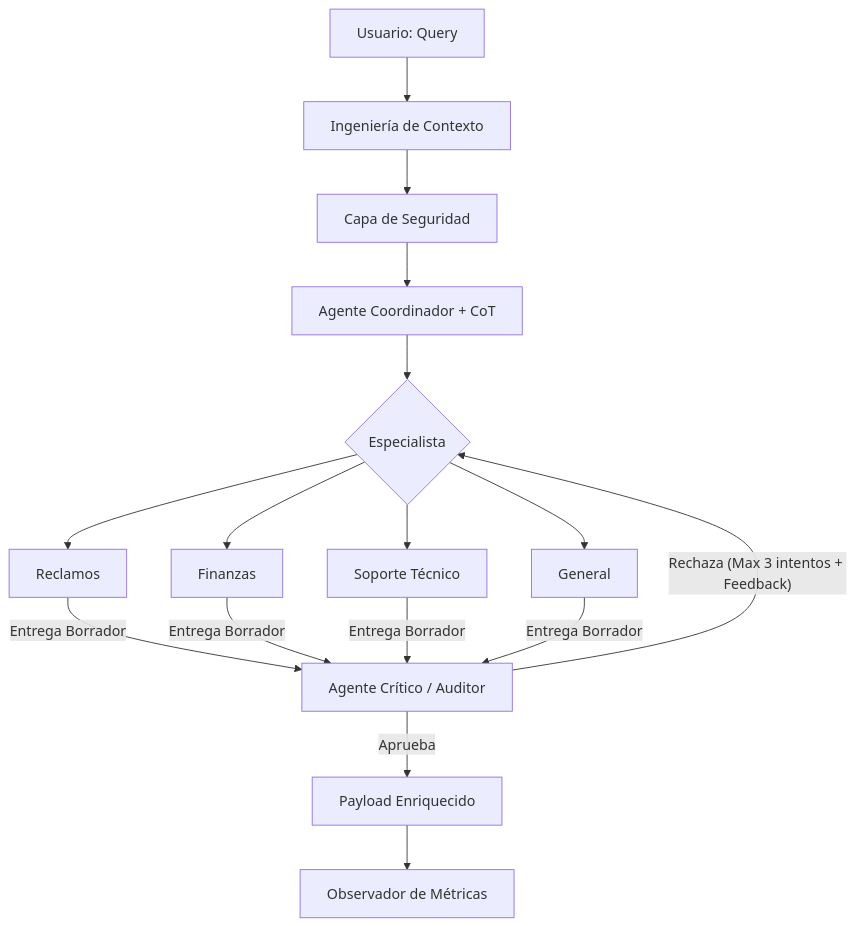
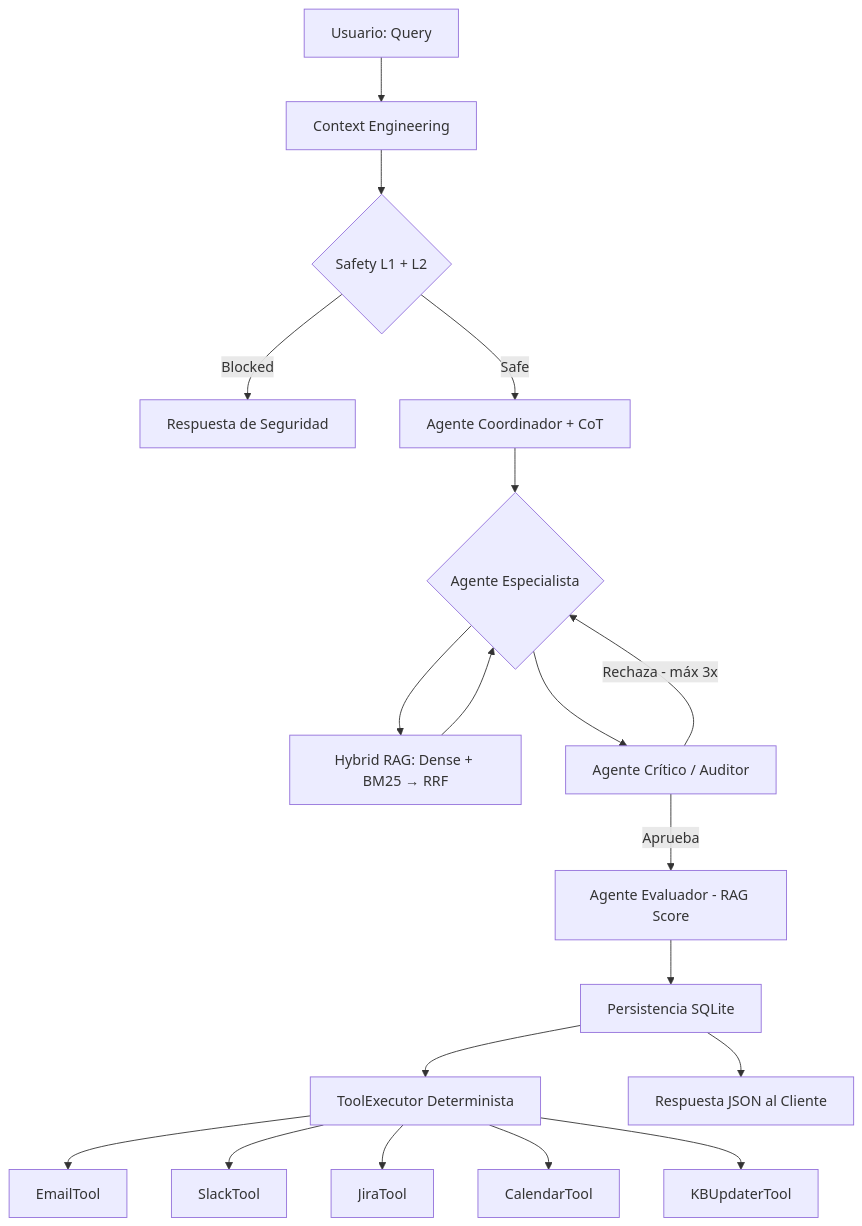
Before and after one commit to cesesteban/Routing-Multi-Agent-Api: the diagram in architecture_reports/architecture_reports_es.md, drawn with Mermaid. The commit also changed other lines of this file and 10 other files, not shown here.

````diff
--- a/architecture_reports/architecture_reports_es.md
+++ b/architecture_reports/architecture_reports_es.md
@@ -7,15 +7,21 @@
 ```mermaid
 graph TD
-    A[Usuario: Query] --> B[Ingeniería de Contexto]
-    B --> C[Capa de Seguridad]
-    C --> D[Agente Coordinador + CoT]
-    D --> E{Especialista}
-    E --> F[Reclamos]
-    E --> G[Finanzas]
-    E --> H[Soporte Técnico]
-    E --> I[General]
-    F & G & H & I -- "Entrega Borrador" --> J[Agente Crítico / Auditor]
-    J -- "Rechaza (Max 3 intentos + Feedback)" --> E
-    J -- "Aprueba" --> K[Payload Enriquecido]
-    K --> L[Observador de Métricas]
+    A[Usuario: Query] --> B[Context Engineering]
+    B --> C{Safety L1 + L2}
+    C -->|Blocked| D[Respuesta de Seguridad]
+    C -->|Safe| E[Agente Coordinador + CoT]
+    E --> F{Agente Especialista}
+    F --> G[Hybrid RAG: Dense + BM25 → RRF]
+    G --> F
+    F --> H[Agente Crítico / Auditor]
+    H -->|Rechaza - máx 3x| F
+    H -->|Aprueba| I[Agente Evaluador - RAG Score]
+    I --> J[Persistencia SQLite]
+    J --> K[ToolExecutor Determinista]
+    K --> L[EmailTool]
+    K --> M[SlackTool]
+    K --> N[JiraTool]
+    K --> O[CalendarTool]
+    K --> P[KBUpdaterTool]
+    J --> Q[Respuesta JSON al Cliente]
 ```
````
